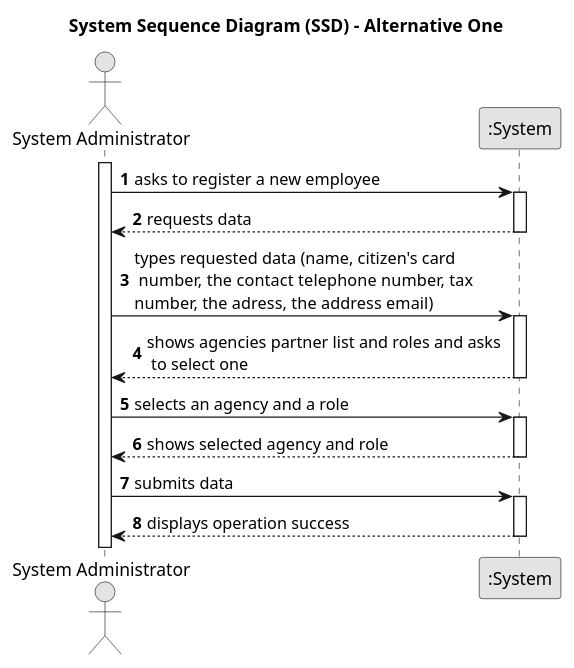
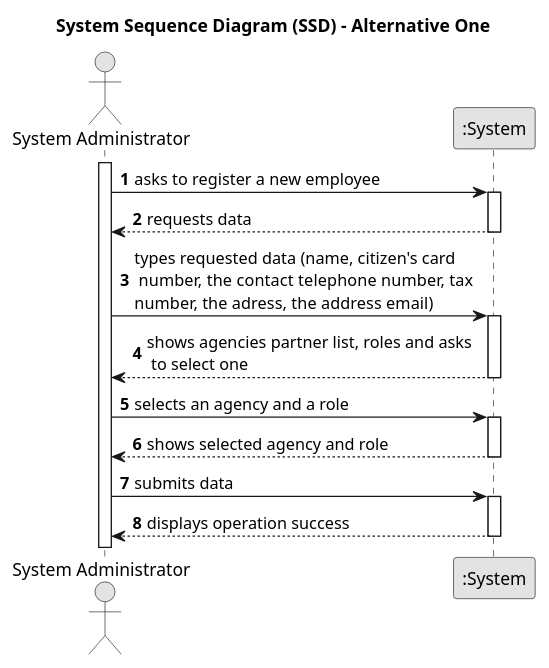
The diagram in docs/sprintA/us003/01.requirements-engineering/puml/us006-system-sequence-diagram-alternative-one.puml (rita-barbosa/LAPR2-2223), drawn with PlantUML before and after one commit.

Commit message:
US003 System Sequence Diagram (SSD)

```diff
--- a/docs/sprintA/us003/01.requirements-engineering/puml/us006-system-sequence-diagram-alternative-one.puml
+++ b/docs/sprintA/us003/01.requirements-engineering/puml/us006-system-sequence-diagram-alternative-one.puml
@@ -1,39 +1,39 @@
 @startuml
 skinparam monochrome true
 skinparam packageStyle rectangle
 skinparam shadowing false
 
 title System Sequence Diagram (SSD) - Alternative One
 
 autonumber
 
 actor "System Administrator" as Employee
 participant ":System" as System
 
 activate Employee
 
     Employee -> System : asks to register a new employee
     activate System
 
         System --> Employee : requests data
     deactivate System
 
     Employee -> System : types requested data (name, citizen's card\n number, the contact telephone number, tax\nnumber, the adress, the address email)
     activate System
 
-        System --> Employee : shows agencies partner list and roles and asks \n to select one
+        System --> Employee : shows agencies partner list, roles and asks \n to select one
     deactivate System
 
     Employee -> System : selects an agency and a role
     activate System
 
         System --> Employee : shows selected agency and role
     deactivate System
 
     Employee -> System : submits data
     activate System
 
         System --> Employee : displays operation success
     deactivate System
 
 @enduml
```
